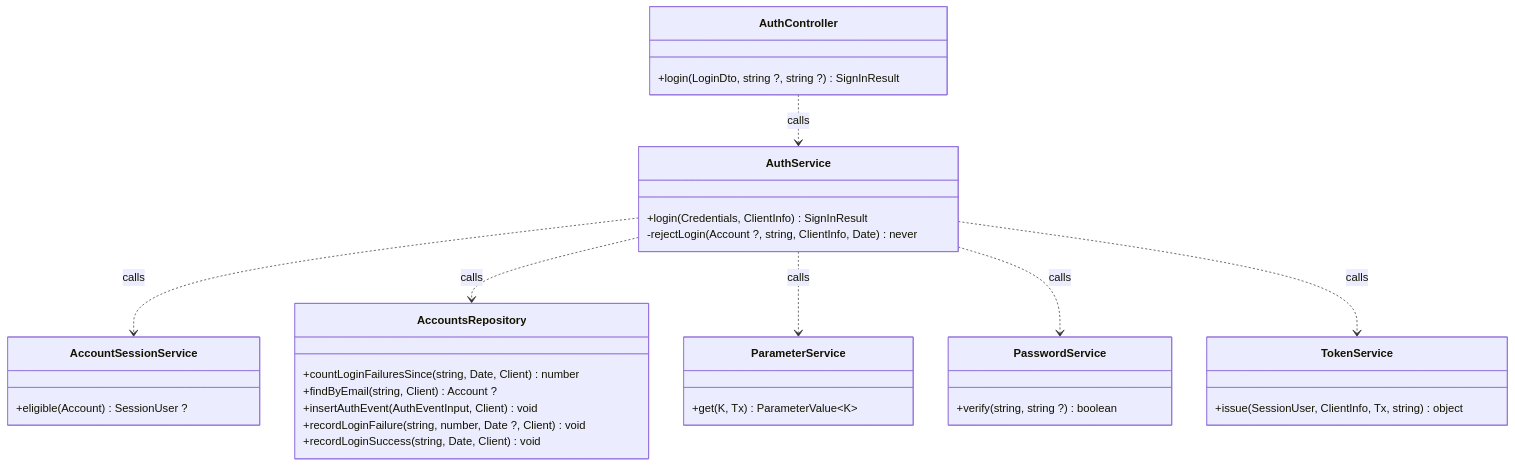
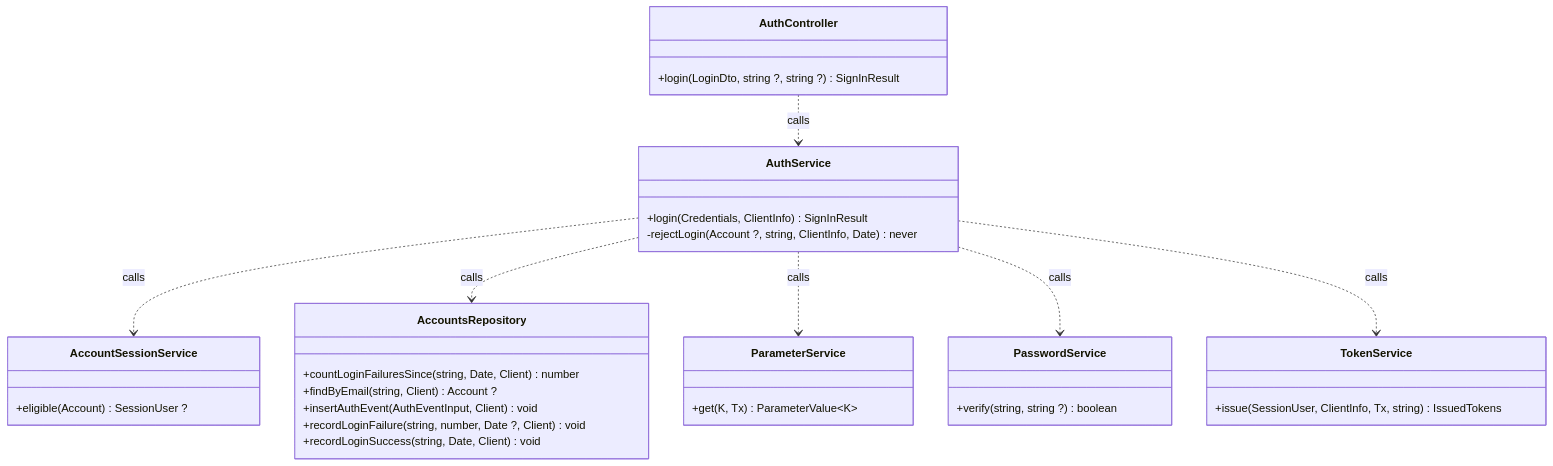
One commit to TrekLink-Team/treklink-web changed the third of 12 diagrams in specs/auth/design.md. Above: the diagram before and after it, drawn with Mermaid. The commit also changed other lines of this file and 2 other files, not shown here.

````diff
--- a/specs/auth/design.md
+++ b/specs/auth/design.md
@@ -205,36 +205,36 @@
 ```mermaid
 classDiagram
     direction TB
     class AuthController {
         +login(LoginDto, string ?, string ?) SignInResult
     }
     class AuthService {
         +login(Credentials, ClientInfo) SignInResult
         -rejectLogin(Account ?, string, ClientInfo, Date) never
     }
     class PasswordService {
         +verify(string, string ?) boolean
     }
     class AccountSessionService {
         +eligible(Account) SessionUser ?
     }
     class TokenService {
-        +issue(SessionUser, ClientInfo, Tx, string) object
+        +issue(SessionUser, ClientInfo, Tx, string) IssuedTokens
     }
     class AccountsRepository {
         +countLoginFailuresSince(string, Date, Client) number
         +findByEmail(string, Client) Account ?
         +insertAuthEvent(AuthEventInput, Client) void
         +recordLoginFailure(string, number, Date ?, Client) void
         +recordLoginSuccess(string, Date, Client) void
     }
     class ParameterService {
         +get(K, Tx) ParameterValue~K~
     }
     AuthController ..> AuthService : calls
     AuthService ..> AccountSessionService : calls
     AuthService ..> AccountsRepository : calls
     AuthService ..> ParameterService : calls
     AuthService ..> PasswordService : calls
     AuthService ..> TokenService : calls
 ```
````
